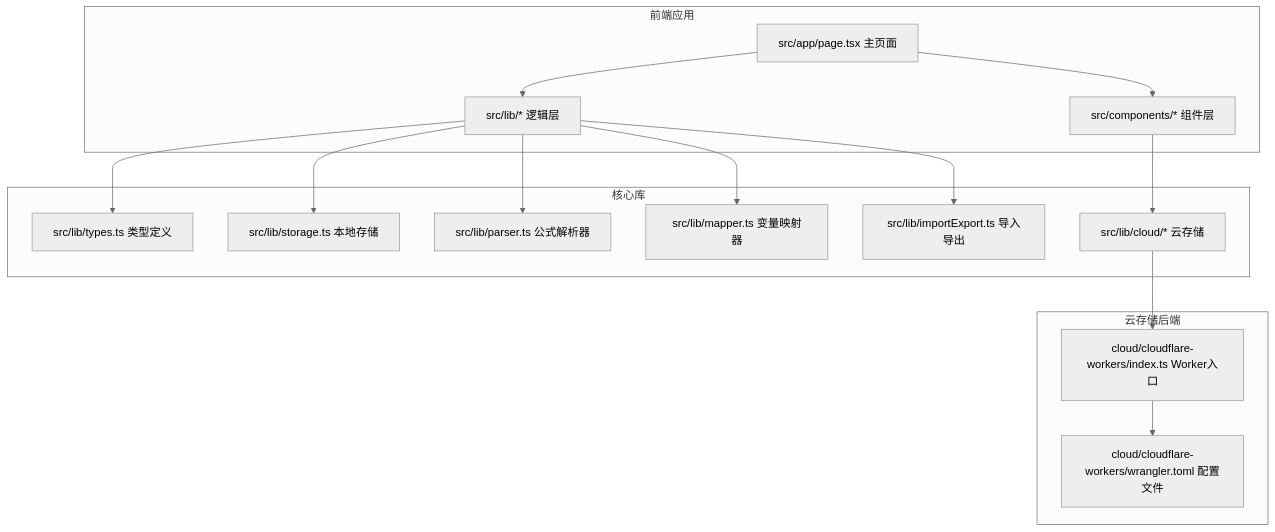
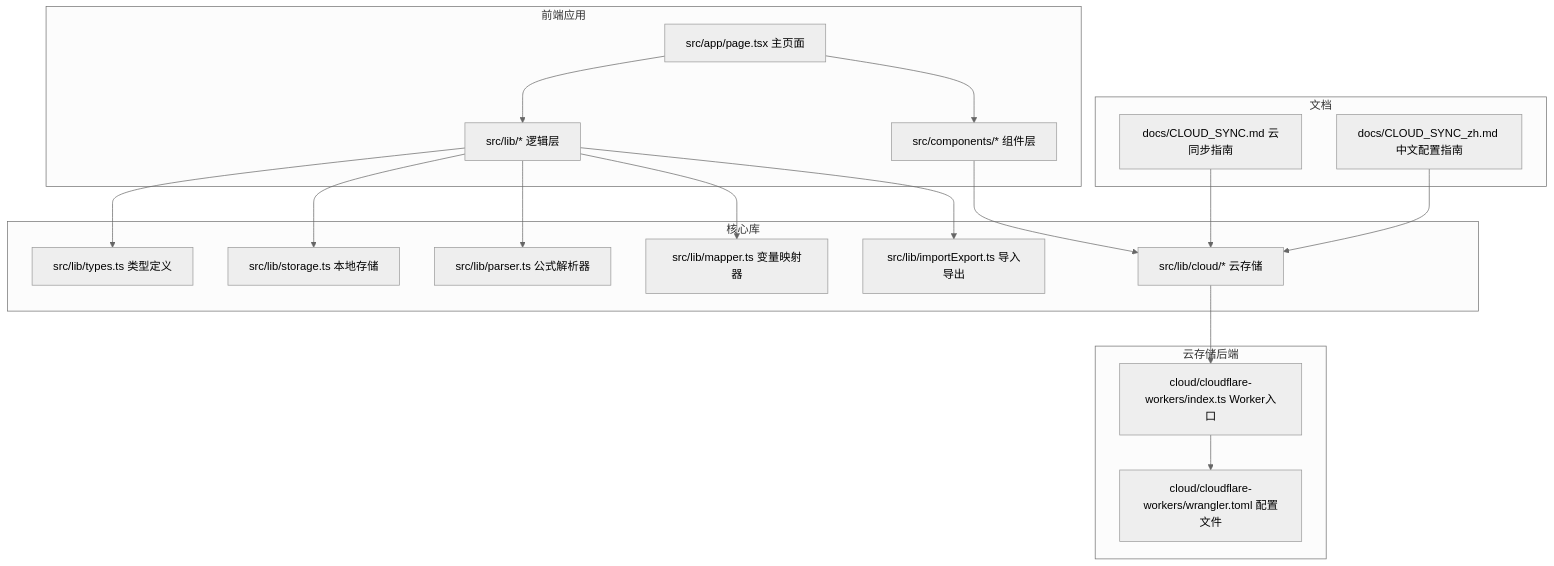
One commit to steveyu2/formula-mapper changed the first of 11 diagrams in .qoder/repowiki/zh/content/用户指南/数据管理/云存储系统.md. Above: the diagram before and after it, drawn with Mermaid (neutral theme). The commit also changed other lines of this file and 2 other files, not shown here.

````diff
--- a/.qoder/repowiki/zh/content/用户指南/数据管理/云存储系统.md
+++ b/.qoder/repowiki/zh/content/用户指南/数据管理/云存储系统.md
@@ -58,30 +68,36 @@
 ```mermaid
 graph TB
 subgraph "前端应用"
 A[src/app/page.tsx 主页面]
 B[src/components/* 组件层]
 C[src/lib/* 逻辑层]
 end
 subgraph "云存储后端"
 D[cloud/cloudflare-workers/index.ts Worker入口]
 E[cloud/cloudflare-workers/wrangler.toml 配置文件]
 end
 subgraph "核心库"
 F[src/lib/types.ts 类型定义]
 G[src/lib/storage.ts 本地存储]
 H[src/lib/parser.ts 公式解析器]
 I[src/lib/mapper.ts 变量映射器]
 J[src/lib/importExport.ts 导入导出]
 K[src/lib/cloud/* 云存储]
 end
+subgraph "文档"
+L[docs/CLOUD_SYNC.md 云同步指南]
+M[docs/CLOUD_SYNC_zh.md 中文配置指南]
+end
 A --> B
 A --> C
 B --> K
 C --> F
 C --> G
 C --> H
 C --> I
 C --> J
 K --> D
 D --> E
+L --> K
+M --> K
 ```
````
